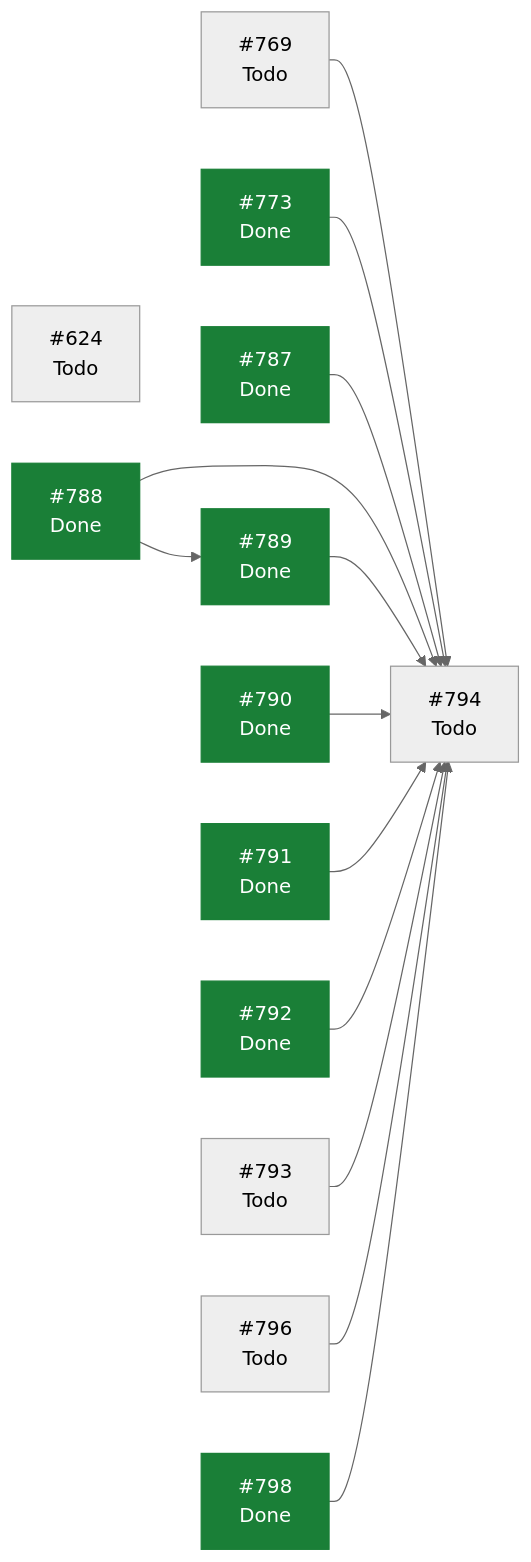
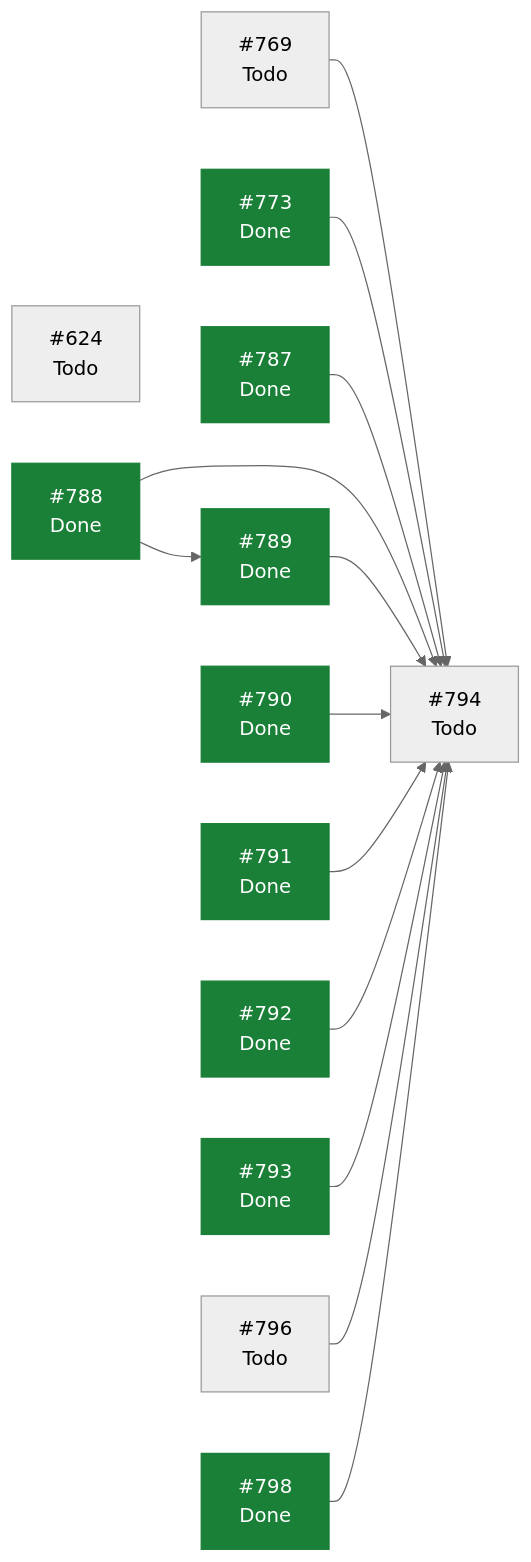
Before and after one commit to ecamp0s/evault: the diagram in docs/planning/STATUS.md, drawn with Mermaid (neutral theme). The commit also changed other lines of this file, not shown here.

````diff
--- a/docs/planning/STATUS.md
+++ b/docs/planning/STATUS.md
@@ -92,30 +91,30 @@
 ```mermaid
 graph LR
   I624["#624<br/>Todo"]
   I769["#769<br/>Todo"]
   I773["#773<br/>Done"]
   I787["#787<br/>Done"]
   I788["#788<br/>Done"]
   I789["#789<br/>Done"]
   I790["#790<br/>Done"]
   I791["#791<br/>Done"]
   I792["#792<br/>Done"]
-  I793["#793<br/>Todo"]
+  I793["#793<br/>Done"]
   I794["#794<br/>Todo"]
   I796["#796<br/>Todo"]
   I798["#798<br/>Done"]
   I769 --> I794
   I773 --> I794
   I787 --> I794
   I788 --> I789
   I788 --> I794
   I789 --> I794
   I790 --> I794
   I791 --> I794
   I792 --> I794
   I793 --> I794
   I796 --> I794
   I798 --> I794
   classDef hecho fill:#1a7f37,stroke:#1a7f37,color:#fff;
-  class I773,I787,I788,I789,I790,I791,I792,I798 hecho;
+  class I773,I787,I788,I789,I790,I791,I792,I793,I798 hecho;
 ```
````
